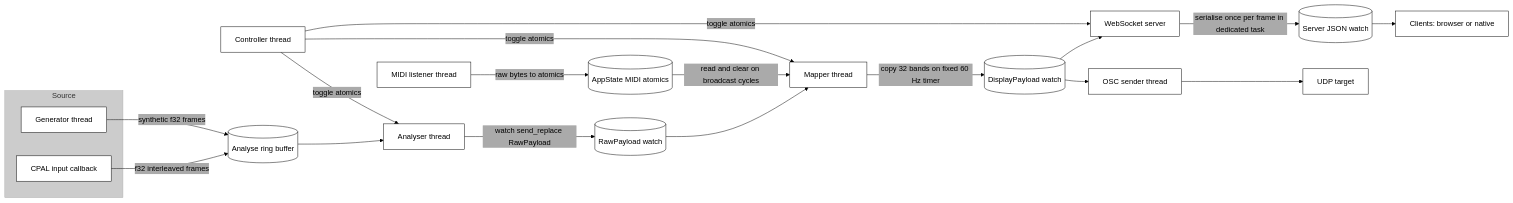
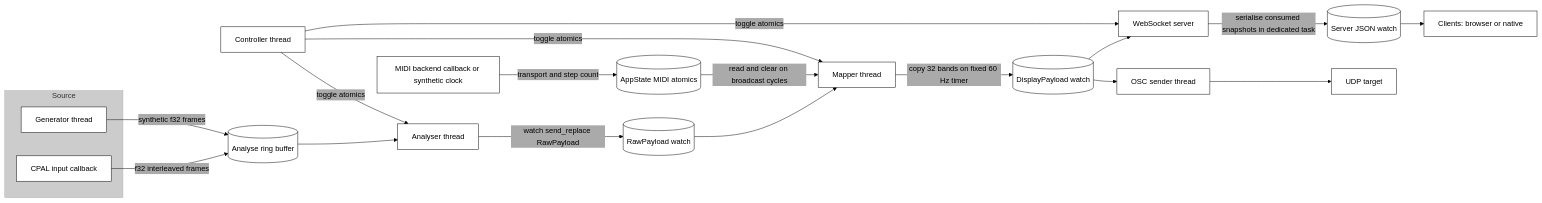
The second of 4 diagrams in docs/lifecycle.md (rayboyd/phase4), drawn with Mermaid before and after one commit. The commit also changed other lines of this file and 26 other files, not shown here.

````diff
--- a/docs/lifecycle.md
+++ b/docs/lifecycle.md
@@ -66,45 +83,45 @@
 ```mermaid
 %%{init: {
 	"theme": "base",
 	"themeVariables": {
 		"background": "#ffffff",
 		"fontFamily": "monospace",
 		"fontSize": "16px",
 		"lineColor": "#000",
 		"primaryBorderColor": "#000",
 		"primaryColor": "#fff",
 		"primaryTextColor": "#000",
 		"secondaryColor": "#aaa",
 		"tertiaryColor": "#ccc"
 	},
 	"flowchart": {
 		"curve": "basis",
 		"htmlLabels": true
 	}
 }}%%
 flowchart LR
 		subgraph Source
 			A1[CPAL input callback]:::source
 			A2[Generator thread]:::source
 		end
 
 		A1 -->|f32 interleaved frames| B2[(Analyse ring buffer)]
 		A2 -->|synthetic f32 frames| B2
 
 		B2 --> C2[Analyser thread]
 		C2 -->|watch send_replace RawPayload| E[(RawPayload watch)]
 		E --> F[Mapper thread]
 		F -->|copy 32 bands on fixed 60 Hz timer| G[(DisplayPayload watch)]
-		N1[MIDI listener thread] -->|raw bytes to atomics| N2[(AppState MIDI atomics)]
+		N1[MIDI backend callback or synthetic clock] -->|transport and step count| N2[(AppState MIDI atomics)]
 		N2 -->|read and clear on broadcast cycles| F
 		G --> H[WebSocket server]
-		H -->|serialise once per frame in dedicated task| H2[(Server JSON watch)]
+		H -->|serialise consumed snapshots in dedicated task| H2[(Server JSON watch)]
 		H2 --> I[Clients: browser or native]
 		G --> L[OSC sender thread]
 		L --> M[UDP target]
 
 		J[Controller thread] -->|toggle atomics| C2
 		J -->|toggle atomics| F
 		J -->|toggle atomics| H
 
 ```
````
